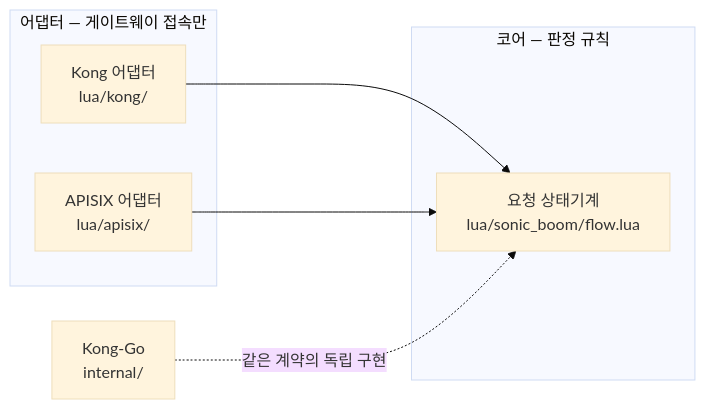
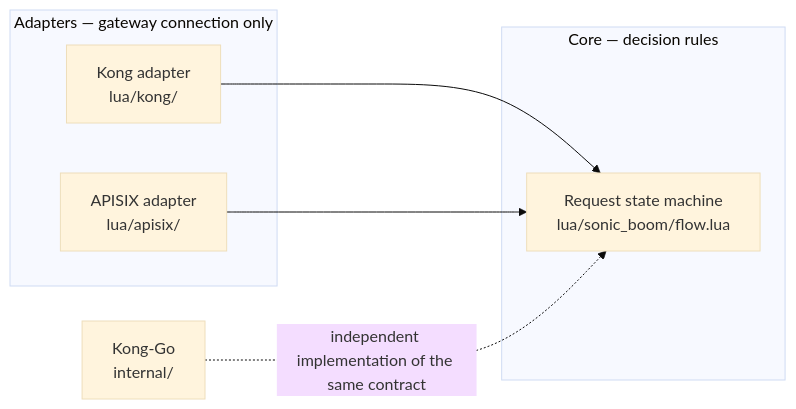
Before and after one commit to unchartedsky/sonic-boom: the diagram in README.md, drawn with Mermaid (base theme). The commit also changed other lines of this file and 9 other files, not shown here.

````diff
--- a/README.md
+++ b/README.md
@@ -13,13 +13,13 @@
 ```mermaid
 flowchart LR
-    subgraph adapters[어댑터 — 게이트웨이 접속만]
-        konglua[Kong 어댑터<br/>lua/kong/]
-        apisix[APISIX 어댑터<br/>lua/apisix/]
+    subgraph adapters[Adapters — gateway connection only]
+        konglua[Kong adapter<br/>lua/kong/]
+        apisix[APISIX adapter<br/>lua/apisix/]
     end
-    subgraph core[코어 — 판정 규칙]
-        flow[요청 상태기계<br/>lua/sonic_boom/flow.lua]
+    subgraph core[Core — decision rules]
+        flow[Request state machine<br/>lua/sonic_boom/flow.lua]
     end
     konglua --> flow
     apisix --> flow
-    gogo[Kong-Go<br/>internal/] -. 같은 계약의 독립 구현 .-> flow
+    gogo[Kong-Go<br/>internal/] -. independent implementation of the same contract .-> flow
 ```
````
